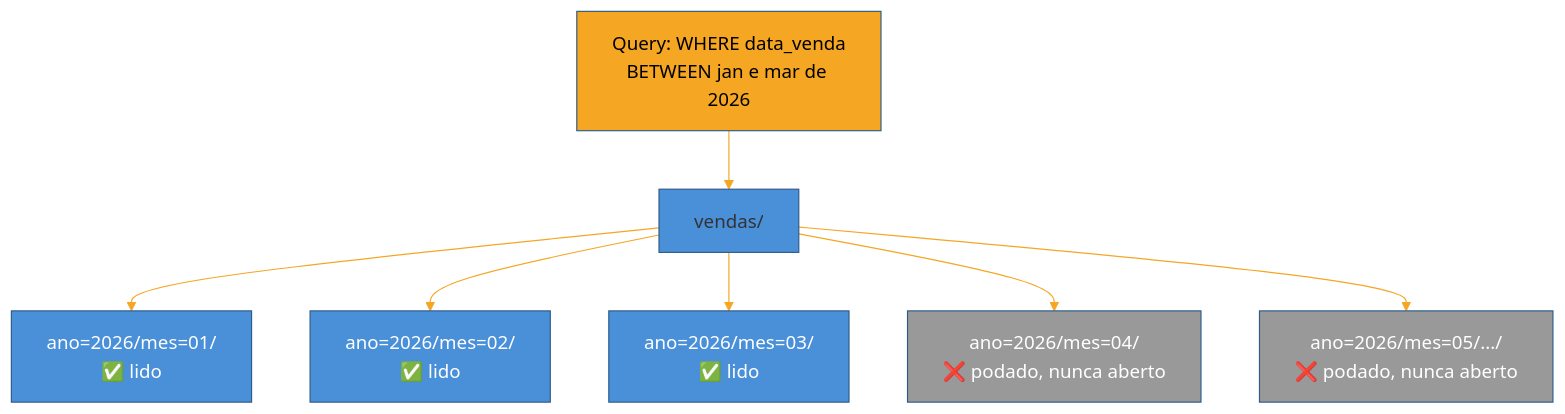
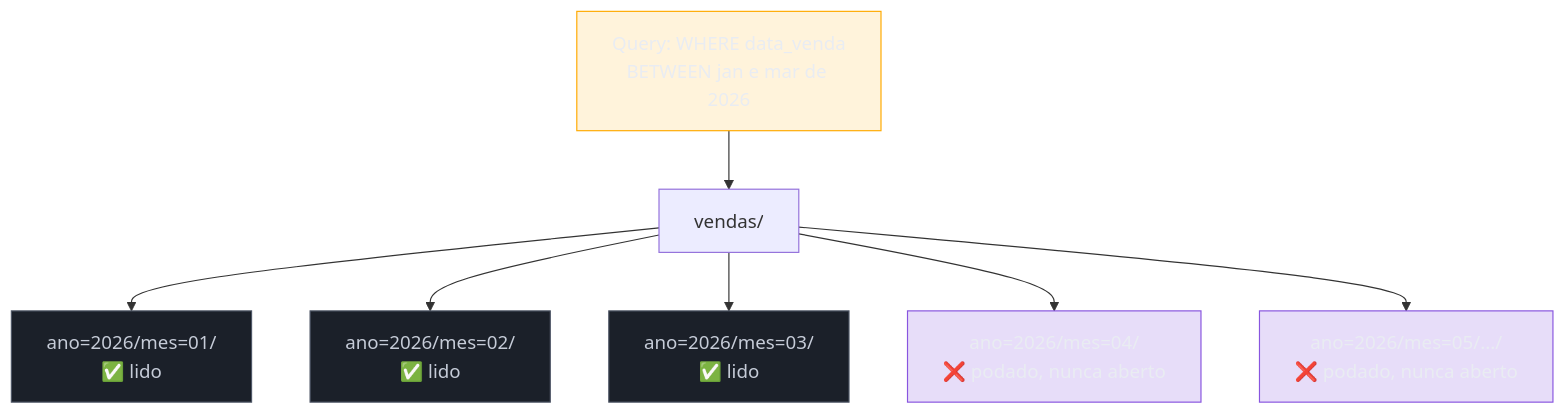
The second of 3 diagrams in 03-Dominios/Engenharia/Dados/1 - Fundamentos de engenharia de dados/04 - Armazenamento colunar e formatos.md (josenaldo/codex-technomanticus), drawn with Mermaid before and after one commit. The commit also changed other lines of this file and 1181 other files, not shown here.

First line of the commit message:
fix(diagramas): paleta do sistema no lugar de cor cravada no markdown

````diff
--- a/03-Dominios/Engenharia/Dados/1 - Fundamentos de engenharia de dados/04 - Armazenamento colunar e formatos.md
+++ b/03-Dominios/Engenharia/Dados/1 - Fundamentos de engenharia de dados/04 - Armazenamento colunar e formatos.md
@@ -125,17 +128,19 @@
 ```mermaid
-%%{init: {"theme": "base", "themeVariables": {"primaryColor": "#4A90D9", "primaryBorderColor": "#2E5C8A", "lineColor": "#F5A623"}}}%%
 graph TB
+    classDef destaque fill:#FFAA0024,stroke:#FFAA00,color:#E9ECF2
+    classDef neutro fill:#1B2029,stroke:#4E5666,color:#C6CCD8
+    classDef marca fill:#8855DF33,stroke:#8855DF,color:#E9ECF2
     Q["Query: WHERE data_venda<br/>BETWEEN jan e mar de 2026"] --> Root["vendas/"]
     Root --> Jan["ano=2026/mes=01/<br/>✅ lido"]
     Root --> Fev["ano=2026/mes=02/<br/>✅ lido"]
     Root --> Mar["ano=2026/mes=03/<br/>✅ lido"]
     Root --> Abr["ano=2026/mes=04/<br/>❌ podado, nunca aberto"]
     Root --> Mai["ano=2026/mes=05/.../<br/>❌ podado, nunca aberto"]
 
-    style Q fill:#F5A623,color:#000
-    style Jan fill:#4A90D9,color:#fff
-    style Fev fill:#4A90D9,color:#fff
-    style Mar fill:#4A90D9,color:#fff
-    style Abr fill:#999,color:#fff
-    style Mai fill:#999,color:#fff
+    class Q destaque
+    class Jan neutro
+    class Fev neutro
+    class Mar neutro
+    class Abr marca
+    class Mai marca
 ```
````
